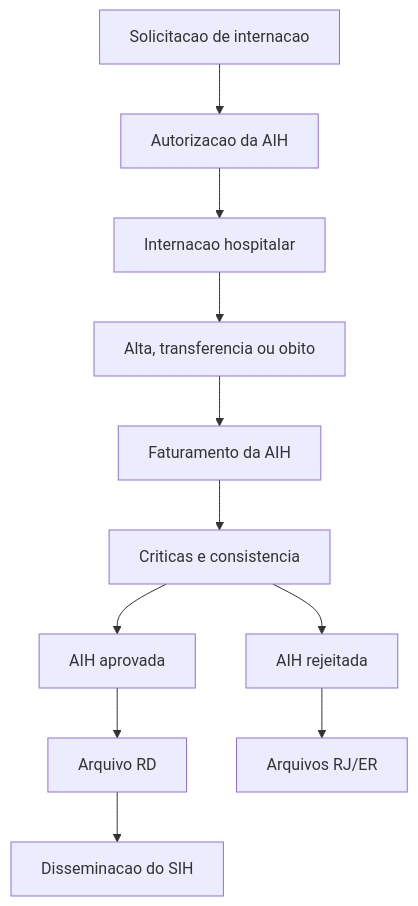
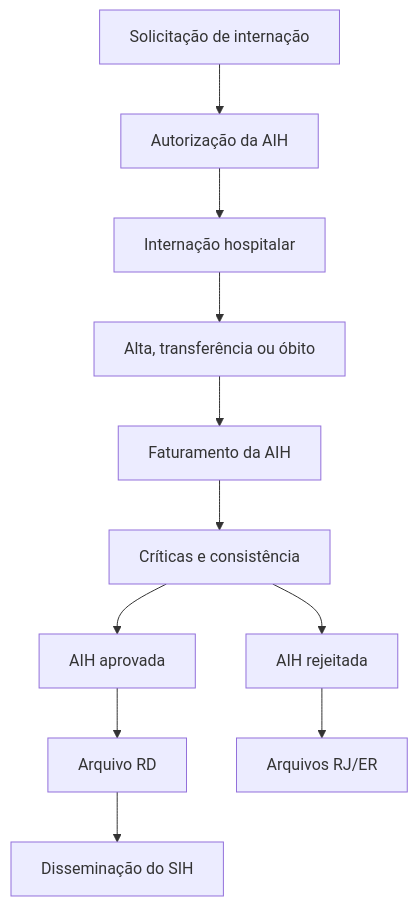
One commit to rfsaldanha/sis changed the diagram in sih.qmd. Above: the diagram before and after it, drawn with Mermaid. The commit also changed other lines of this file and 65 other files, not shown here.

````diff
--- a/sih.qmd
+++ b/sih.qmd
@@ -111,15 +111,15 @@
 ```{mermaid}
 %%| fig-cap: "Fluxo simplificado da Autorização de Internação Hospitalar"
 %%| label: fig-sih-aih
 flowchart TD
-  sol[Solicitacao de internacao] --> aut[Autorizacao da AIH]
-  aut --> int[Internacao hospitalar]
-  int --> alta[Alta, transferencia ou obito]
+  sol[Solicitação de internação] --> aut[Autorização da AIH]
+  aut --> int[Internação hospitalar]
+  int --> alta[Alta, transferência ou óbito]
   alta --> fat[Faturamento da AIH]
-  fat --> crit[Criticas e consistencia]
+  fat --> crit[Críticas e consistência]
   crit --> apr[AIH aprovada]
   crit --> rej[AIH rejeitada]
   apr --> rd[Arquivo RD]
   rej --> rjer[Arquivos RJ/ER]
-  rd --> sis[Disseminacao do SIH]
+  rd --> sis[Disseminação do SIH]
 ```
````
